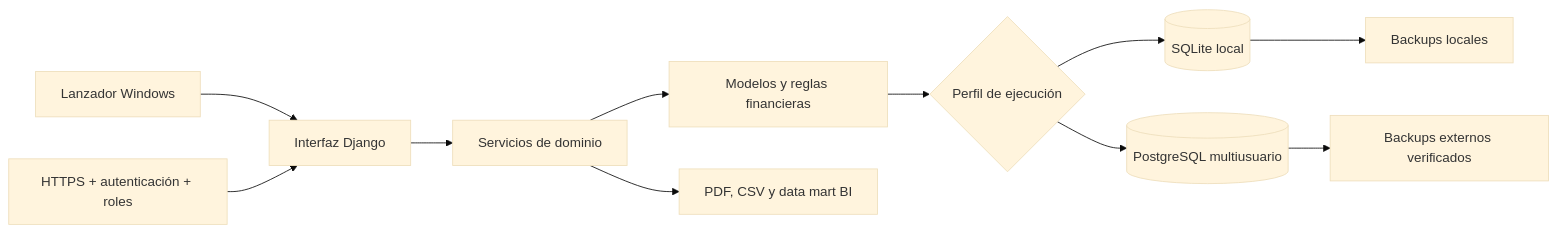
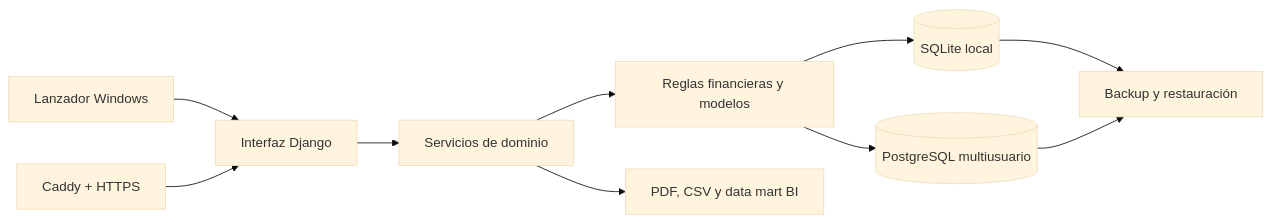
Before and after one commit to HeKoXCode/gestion-financiera-local: the diagram in README.md, drawn with Mermaid (base theme). The commit also changed other lines of this file and 134 other files, not shown here.

````diff
--- a/README.md
+++ b/README.md
@@ -48,13 +61,12 @@
 ```mermaid
 flowchart LR
-  A[Interfaz Django] --> B[Servicios de dominio]
-  B --> C[Modelos y reglas financieras]
-  C --> D{Perfil de ejecución}
-  D --> E[(SQLite local)]
-  D --> F[(PostgreSQL multiusuario)]
-  B --> K[PDF, CSV y data mart BI]
-  E --> H[Backups locales]
-  F --> I[Backups externos verificados]
-  G[Lanzador Windows] --> A
-  J[HTTPS + autenticación + roles] --> A
+  UI[Interfaz Django] --> S[Servicios de dominio]
+  S --> M[Reglas financieras y modelos]
+  M --> SQL[(SQLite local)]
+  M --> PG[(PostgreSQL multiusuario)]
+  S --> OUT[PDF, CSV y data mart BI]
+  SQL --> BK[Backup y restauración]
+  PG --> BK
+  WIN[Lanzador Windows] --> UI
+  WEB[Caddy + HTTPS] --> UI
 ```
````
